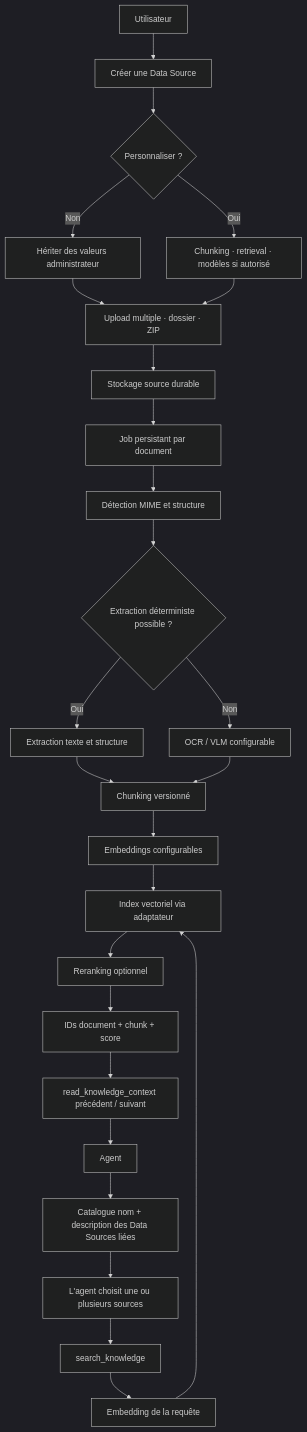
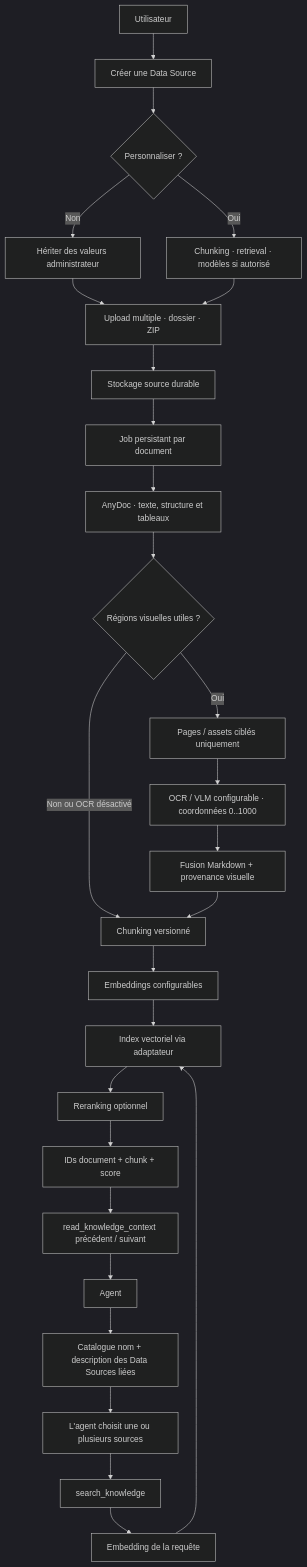
Before and after one commit to ncls-p/Maiah: the diagram in docs/architecture/rag-pipeline.md, drawn with Mermaid (dark theme). The commit also changed other lines of this file and 20 other files, not shown here.

Commit message:
Add AnyDoc extraction and optional visual OCR

````diff
--- a/docs/architecture/rag-pipeline.md
+++ b/docs/architecture/rag-pipeline.md
@@ -25,29 +25,30 @@
 ```mermaid
 flowchart TD
   U["Utilisateur"] --> DS["Créer une Data Source"]
   DS --> CFG{"Personnaliser ?"}
   CFG -- "Non" --> DEF["Hériter des valeurs administrateur"]
   CFG -- "Oui" --> ADV["Chunking · retrieval · modèles si autorisé"]
   DEF --> UP["Upload multiple · dossier · ZIP"]
   ADV --> UP
   UP --> RAW["Stockage source durable"]
   RAW --> Q["Job persistant par document"]
-  Q --> DET["Détection MIME et structure"]
-  DET --> EXT{"Extraction déterministe possible ?"}
-  EXT -- "Oui" --> TXT["Extraction texte et structure"]
-  EXT -- "Non" --> OCR["OCR / VLM configurable"]
-  TXT --> CH["Chunking versionné"]
-  OCR --> CH
+  Q --> ANY["AnyDoc · texte, structure et tableaux"]
+  ANY --> VIS{"Régions visuelles utiles ?"}
+  VIS -- "Non ou OCR désactivé" --> CH["Chunking versionné"]
+  VIS -- "Oui" --> CROP["Pages / assets ciblés uniquement"]
+  CROP --> OCR["OCR / VLM configurable · coordonnées 0..1000"]
+  OCR --> REBUILD["Fusion Markdown + provenance visuelle"]
+  REBUILD --> CH
   CH --> EMB["Embeddings configurables"]
   EMB --> IDX["Index vectoriel via adaptateur"]
 
   A["Agent"] --> CAT["Catalogue nom + description des Data Sources liées"]
   CAT --> SEL["L'agent choisit une ou plusieurs sources"]
   SEL --> SEARCH["search_knowledge"]
   SEARCH --> QE["Embedding de la requête"]
   QE --> IDX
   IDX --> RR["Reranking optionnel"]
   RR --> HIT["IDs document + chunk + score"]
   HIT --> READ["read_knowledge_context précédent / suivant"]
   READ --> A
 ```
````
